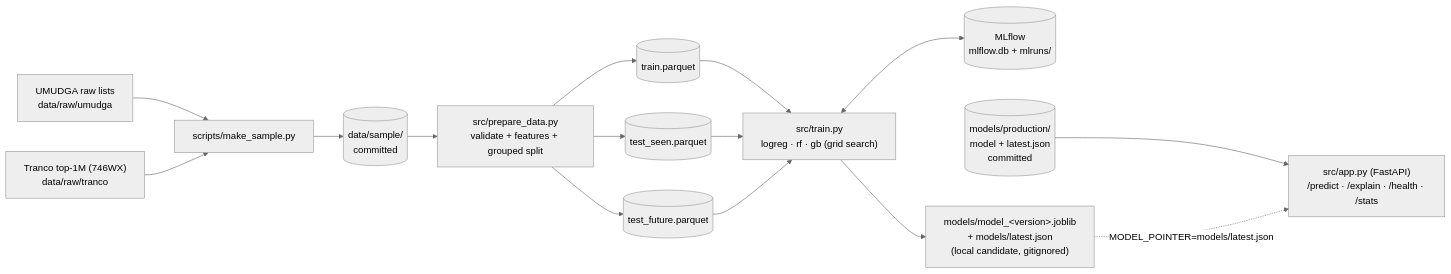
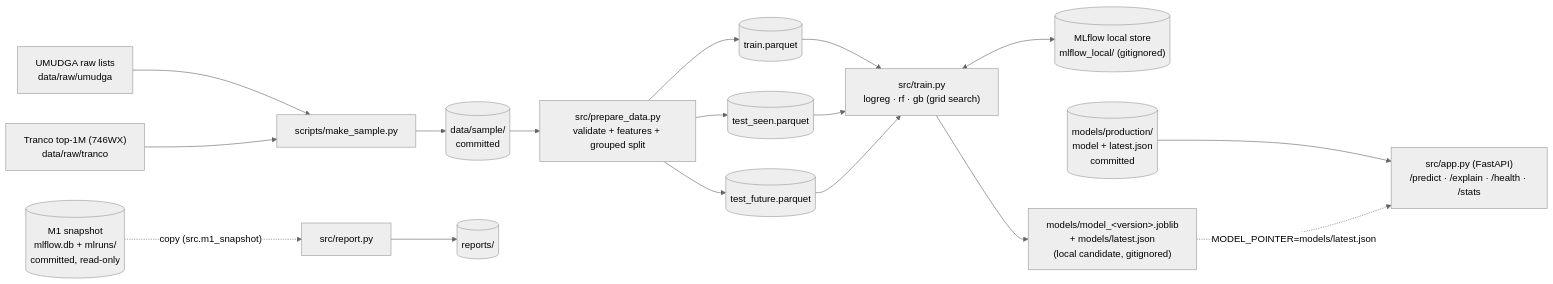
Before and after one commit to Piranchall/DGAlert: the diagram in README.md, drawn with Mermaid (neutral theme). The commit also changed other lines of this file and 1 other file, not shown here.

Commit message:
docs: document the MLflow stores, the M1 viewer and src.report

````diff
--- a/README.md
+++ b/README.md
@@ -24,17 +24,19 @@
 ```mermaid
 flowchart LR
     U["UMUDGA raw lists<br/>data/raw/umudga"] --> MS["scripts/make_sample.py"]
     T["Tranco top-1M (746WX)<br/>data/raw/tranco"] --> MS
     MS --> S[("data/sample/<br/>committed")]
     S --> P["src/prepare_data.py<br/>validate + features + grouped split"]
     P --> TR[("train.parquet")]
     P --> TS[("test_seen.parquet")]
     P --> TF[("test_future.parquet")]
     TR --> TN["src/train.py<br/>logreg · rf · gb (grid search)"]
     TS --> TN
     TF --> TN
-    TN <--> ML[("MLflow<br/>mlflow.db + mlruns/")]
+    TN <--> ML[("MLflow local store<br/>mlflow_local/ (gitignored)")]
+    M1[("M1 snapshot<br/>mlflow.db + mlruns/<br/>committed, read-only")] -. "copy (src.m1_snapshot)" .-> RP["src/report.py"]
+    RP --> R[("reports/")]
     TN --> M["models/model_&lt;version&gt;.joblib<br/>+ models/latest.json<br/>(local candidate, gitignored)"]
     PR[("models/production/<br/>model + latest.json<br/>committed")] --> API["src/app.py (FastAPI)<br/>/predict · /explain · /health · /stats"]
     M -. "MODEL_POINTER=models/latest.json" .-> API
 ```
````
